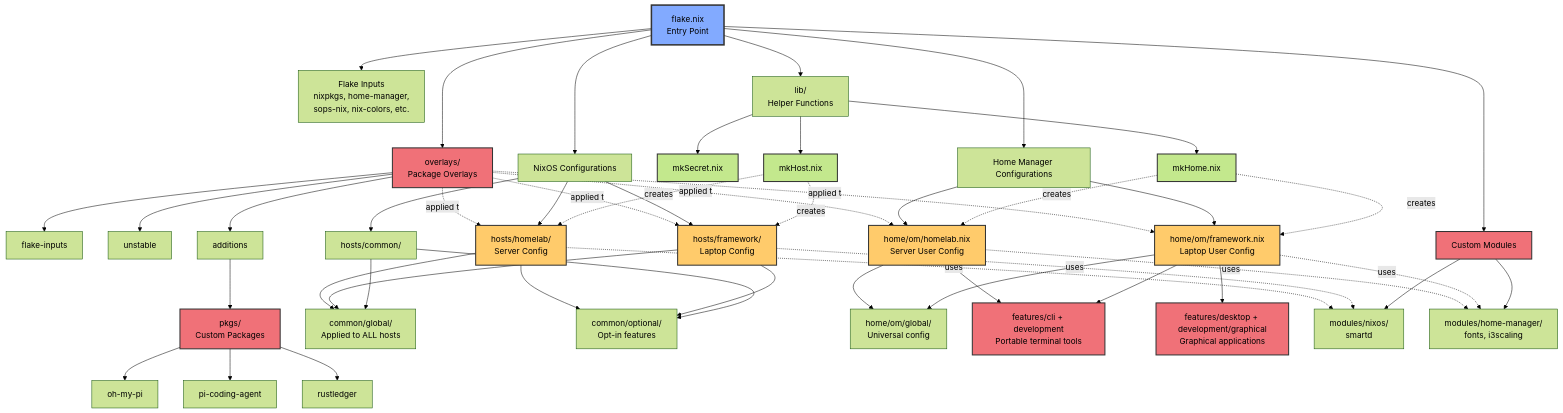
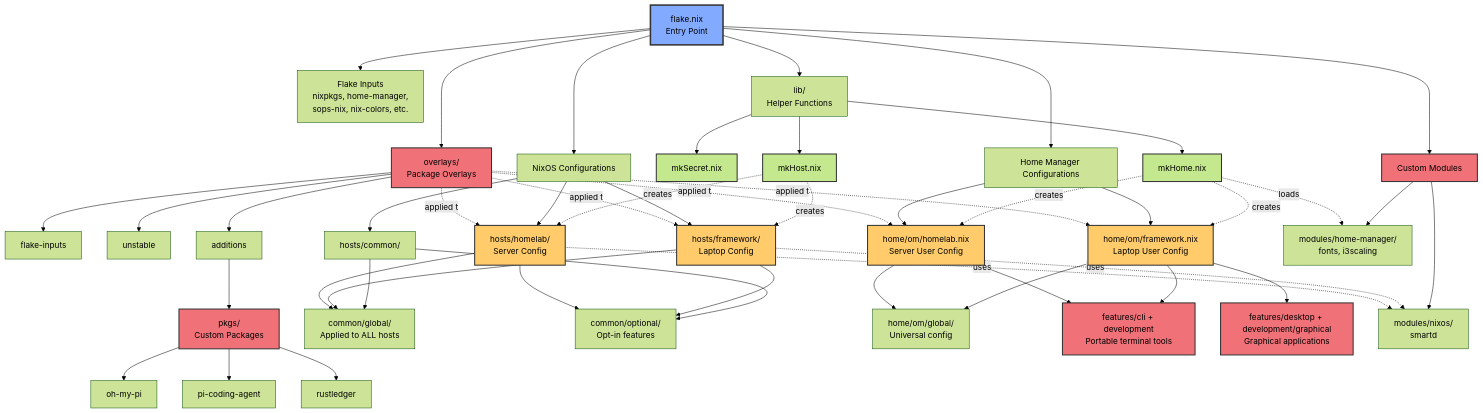
The diagram in AGENTS.md (omdv/nix-config), drawn with Mermaid (forest theme) before and after one commit. The commit also changed other lines of this file and 5 other files, not shown here.

```diff
--- a/AGENTS.md
+++ b/AGENTS.md
@@ -126,8 +126,7 @@
     modules --> hm_mod
     framework -.uses.-> nixos_mod
     homelab -.uses.-> nixos_mod
-    hm_framework -.uses.-> hm_mod
-    hm_homelab -.uses.-> hm_mod
+    mkHome -.loads.-> hm_mod
 
     %% Overlay application
     overlays -.applied to.-> framework
```
